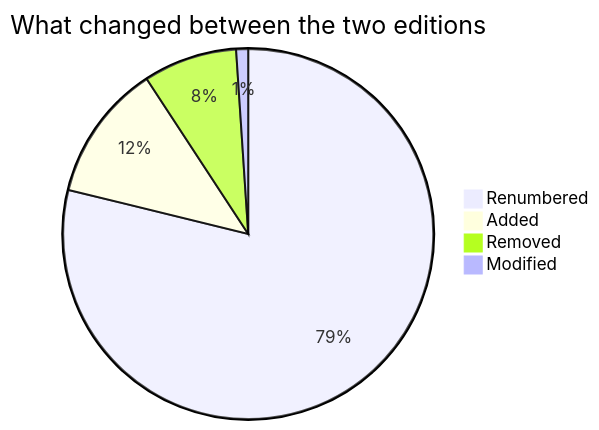
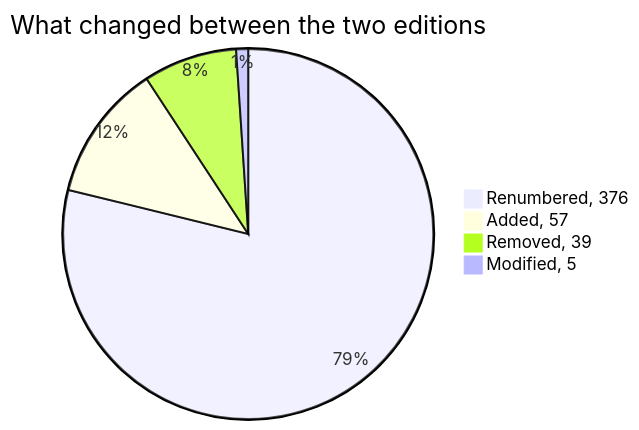
Diagram 11 of 14 in README.md (yerramsettysuchita/sanhita), drawn with Mermaid before and after one commit.

Commit message:
Sanhita - SEBI - 2026

````diff
--- a/README.md
+++ b/README.md
@@ -701,8 +701,9 @@
 ```mermaid
+%%{init: {"pie": {"textPosition": 0.9}, "themeVariables": {"pieOuterStrokeWidth": "2px"}}}%%
 pie
     title What changed between the two editions
-    "Renumbered" : 376
-    "Added" : 57
-    "Removed" : 39
-    "Modified" : 5
+    "Renumbered, 376" : 376
+    "Added, 57" : 57
+    "Removed, 39" : 39
+    "Modified, 5" : 5
 ```
````
